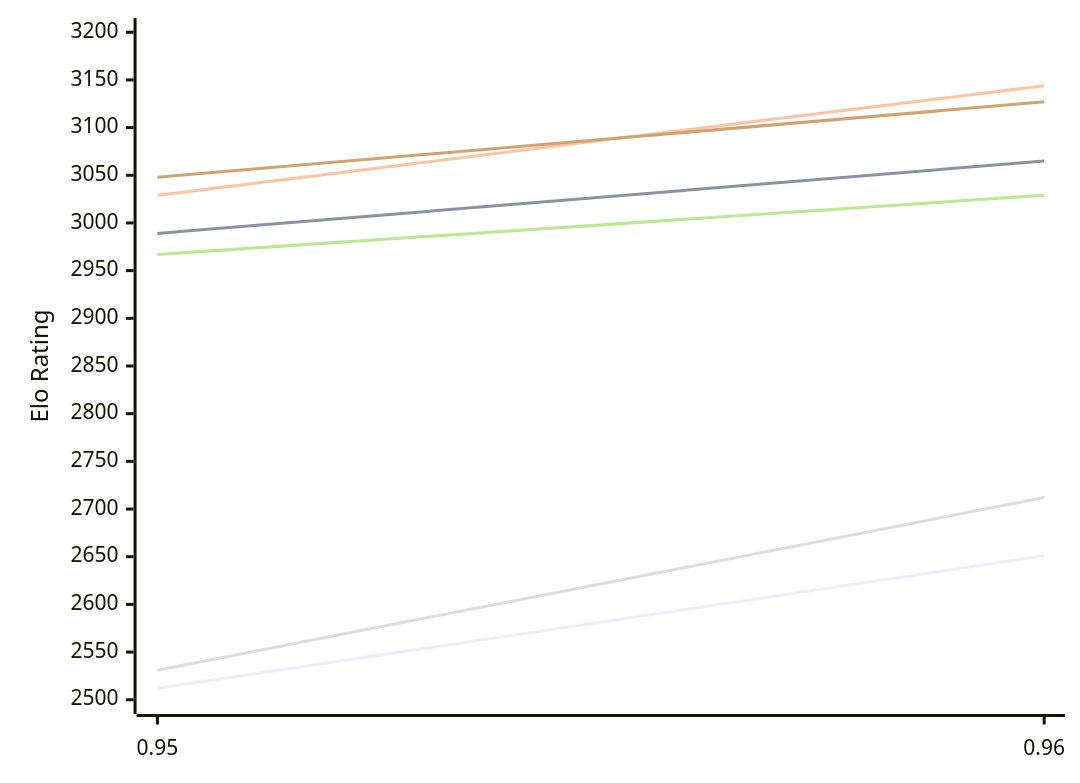
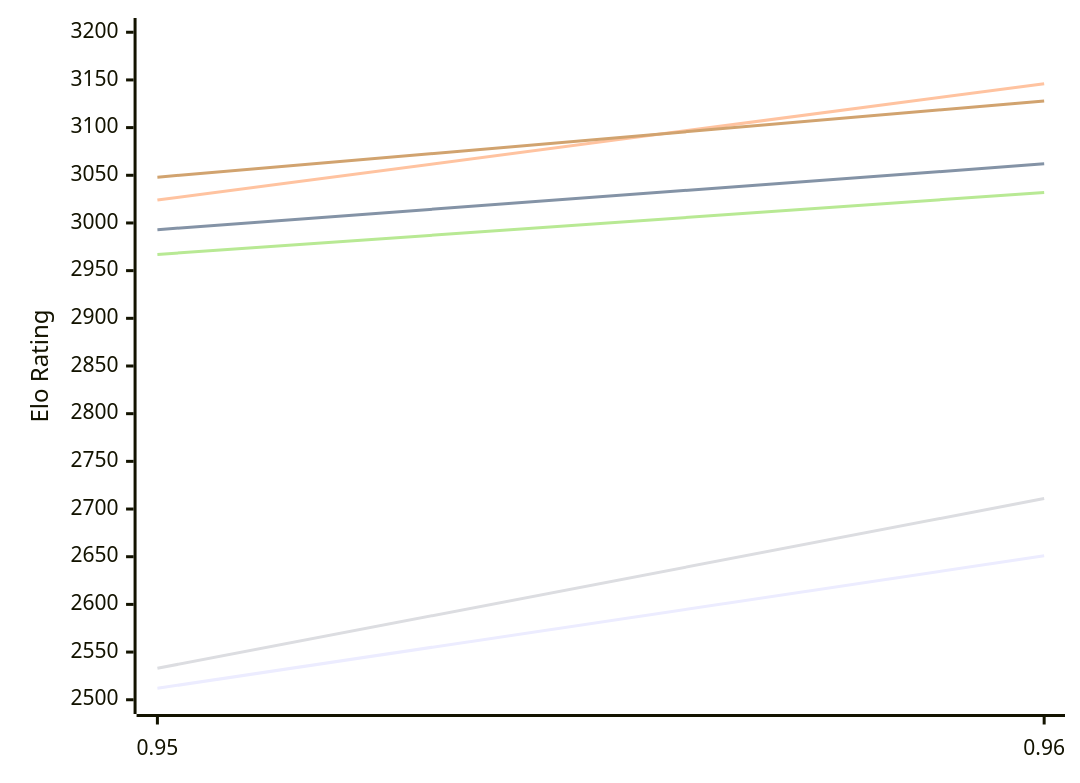
Before and after one commit to computer-chess-index/cci: the first of 2 diagrams in engines/Myrddin.md, drawn with Mermaid. The commit also changed other lines of this file, not shown here.

Commit message:
Update CCI Ratings (ELO VLTC) - 2026-11-27

````diff
--- a/engines/Myrddin.md
+++ b/engines/Myrddin.md
@@ -51,12 +51,12 @@
 ```mermaid
 %%{init: {"theme":"base","themeVariables":{"seriesColors:['#a3a3a3','#222221','#faa371']}}}%%
 xychart-beta
   x-axis ["0.95", "0.96"]
   y-axis "Elo Rating" 2500 --> 3200
   line "E1: STC (8.0+0.08s)" [2512, 2651]
-  line "E1: LTC (60.0+0.60s)" [2989, 3065]
-  line "E1: VLTC (2m24s+1.12s)" [3029, 3144]
-  line "P1: STC (8.0+0.08s)" [2531, 2712]
-  line "P1: LTC (60.0+0.60s)" [2967, 3029]
-  line "P1: VLTC (2m24s+1.12s)" [3048, 3127]
+  line "E1: LTC (60.0+0.60s)" [2993, 3062]
+  line "E1: VLTC (2m24s+1.12s)" [3024, 3146]
+  line "P1: STC (8.0+0.08s)" [2533, 2711]
+  line "P1: LTC (60.0+0.60s)" [2967, 3032]
+  line "P1: VLTC (2m24s+1.12s)" [3048, 3128]
 ```
````
